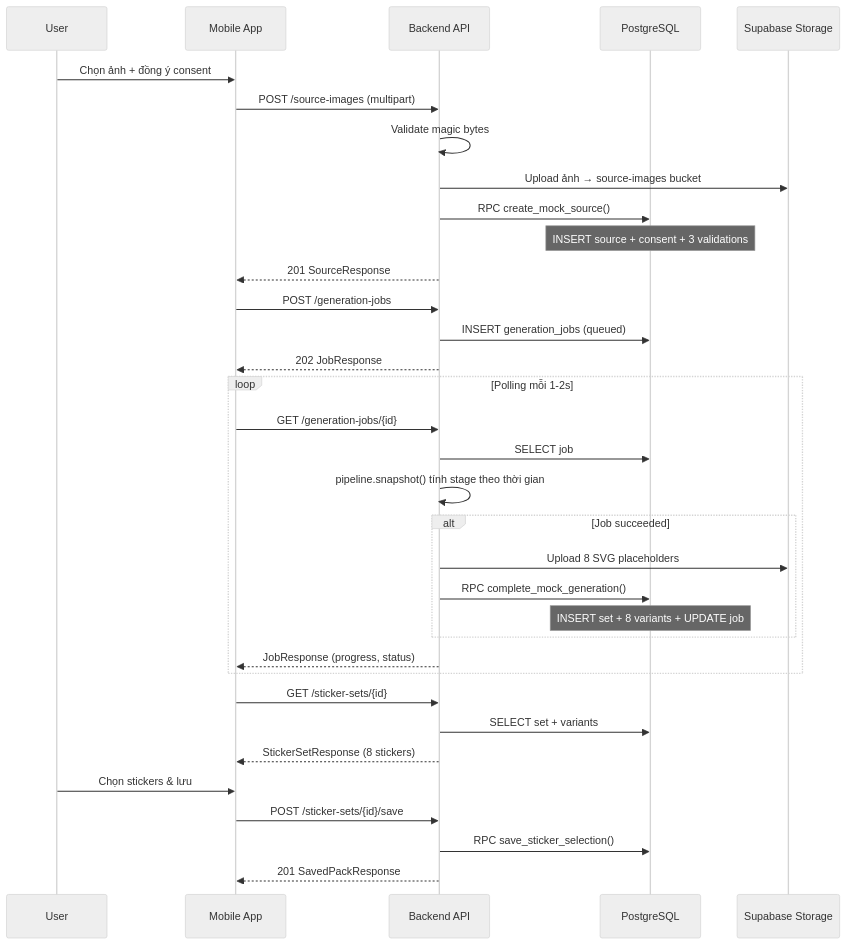
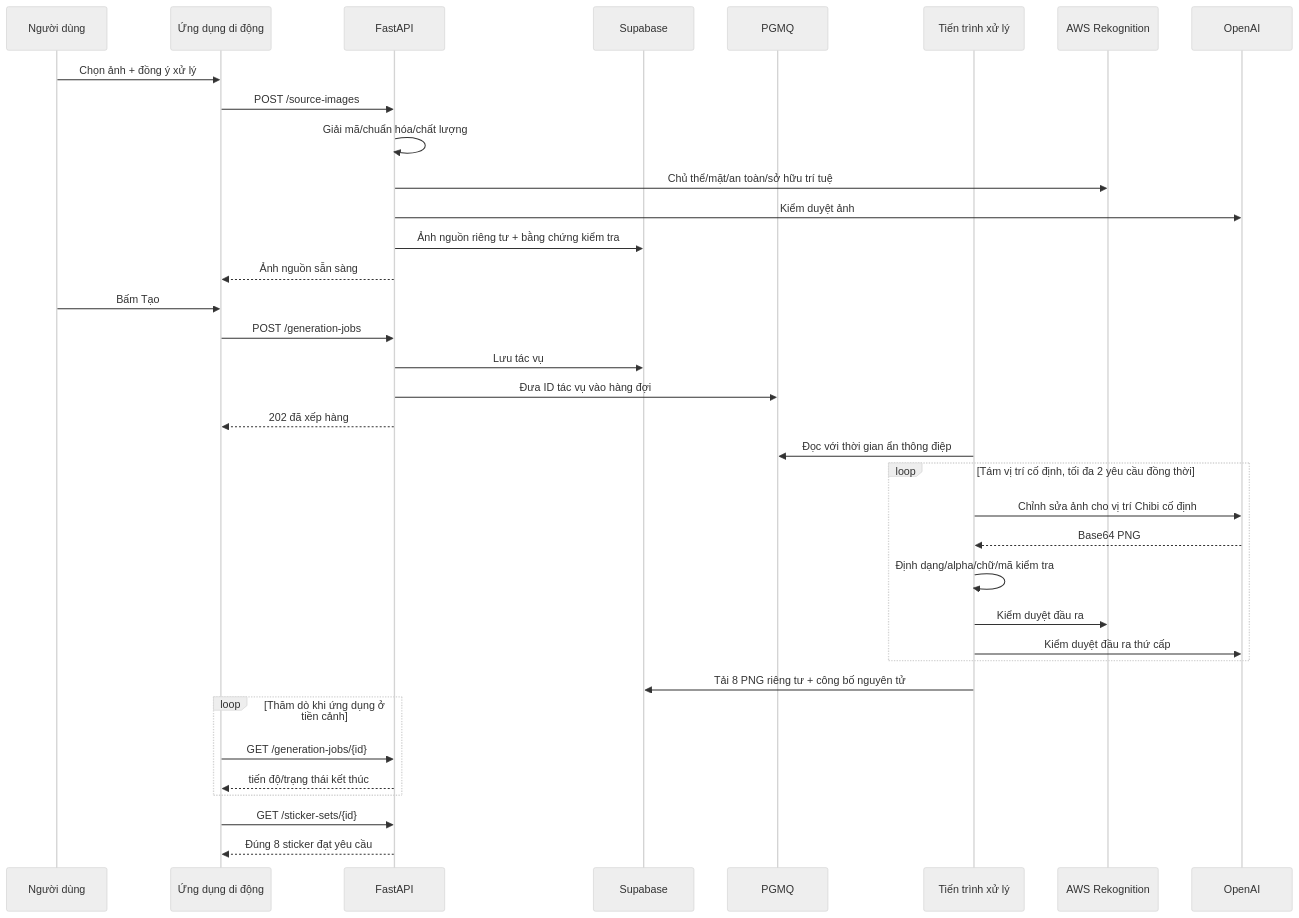
One commit to dtkienIT/GenSticker changed the diagram in docs/Software_Architecture_Technical_Design.md. Above: the diagram before and after it, drawn with Mermaid (neutral theme). The commit also changed other lines of this file and 718 other files, not shown here.

````diff
--- a/docs/Software_Architecture_Technical_Design.md
+++ b/docs/Software_Architecture_Technical_Design.md
@@ -420,41 +269,39 @@
 ```mermaid
 sequenceDiagram
-    participant U as User
-    participant M as Mobile App
-    participant B as Backend API
-    participant DB as PostgreSQL
-    participant S as Supabase Storage
+    participant U as Người dùng
+    participant M as Ứng dụng di động
+    participant A as FastAPI
+    participant S as Supabase
+    participant Q as PGMQ
+    participant W as Tiến trình xử lý
+    participant R as AWS Rekognition
+    participant O as OpenAI
 
-    U->>M: Chọn ảnh + đồng ý consent
-    M->>B: POST /source-images (multipart)
-    B->>B: Validate magic bytes
-    B->>S: Upload ảnh → source-images bucket
-    B->>DB: RPC create_mock_source()
-    Note over DB: INSERT source + consent + 3 validations
-    B-->>M: 201 SourceResponse
-
-    M->>B: POST /generation-jobs
-    B->>DB: INSERT generation_jobs (queued)
-    B-->>M: 202 JobResponse
-
-    loop Polling mỗi 1-2s
-        M->>B: GET /generation-jobs/{id}
-        B->>DB: SELECT job
-        B->>B: pipeline.snapshot() tính stage theo thời gian
-        alt Job succeeded
-            B->>S: Upload 8 SVG placeholders
-            B->>DB: RPC complete_mock_generation()
-            Note over DB: INSERT set + 8 variants + UPDATE job
-        end
-        B-->>M: JobResponse (progress, status)
+    U->>M: Chọn ảnh + đồng ý xử lý
+    M->>A: POST /source-images
+    A->>A: Giải mã/chuẩn hóa/chất lượng
+    A->>R: Chủ thể/mặt/an toàn/sở hữu trí tuệ
+    A->>O: Kiểm duyệt ảnh
+    A->>S: Ảnh nguồn riêng tư + bằng chứng kiểm tra
+    A-->>M: Ảnh nguồn sẵn sàng
+    U->>M: Bấm Tạo
+    M->>A: POST /generation-jobs
+    A->>S: Lưu tác vụ
+    A->>Q: Đưa ID tác vụ vào hàng đợi
+    A-->>M: 202 đã xếp hàng
+    W->>Q: Đọc với thời gian ẩn thông điệp
+    loop Tám vị trí cố định, tối đa 2 yêu cầu đồng thời
+        W->>O: Chỉnh sửa ảnh cho vị trí Chibi cố định
+        O-->>W: Base64 PNG
+        W->>W: Định dạng/alpha/chữ/mã kiểm tra
+        W->>R: Kiểm duyệt đầu ra
+        W->>O: Kiểm duyệt đầu ra thứ cấp
     end
-
-    M->>B: GET /sticker-sets/{id}
-    B->>DB: SELECT set + variants
-    B-->>M: StickerSetResponse (8 stickers)
-
-    U->>M: Chọn stickers & lưu
-    M->>B: POST /sticker-sets/{id}/save
-    B->>DB: RPC save_sticker_selection()
-    B-->>M: 201 SavedPackResponse
+    W->>S: Tải 8 PNG riêng tư + công bố nguyên tử
+    loop Thăm dò khi ứng dụng ở tiền cảnh
+        M->>A: GET /generation-jobs/{id}
+        A-->>M: tiến độ/trạng thái kết thúc
+    end
+    M->>A: GET /sticker-sets/{id}
+    A-->>M: Đúng 8 sticker đạt yêu cầu
 ```
````
